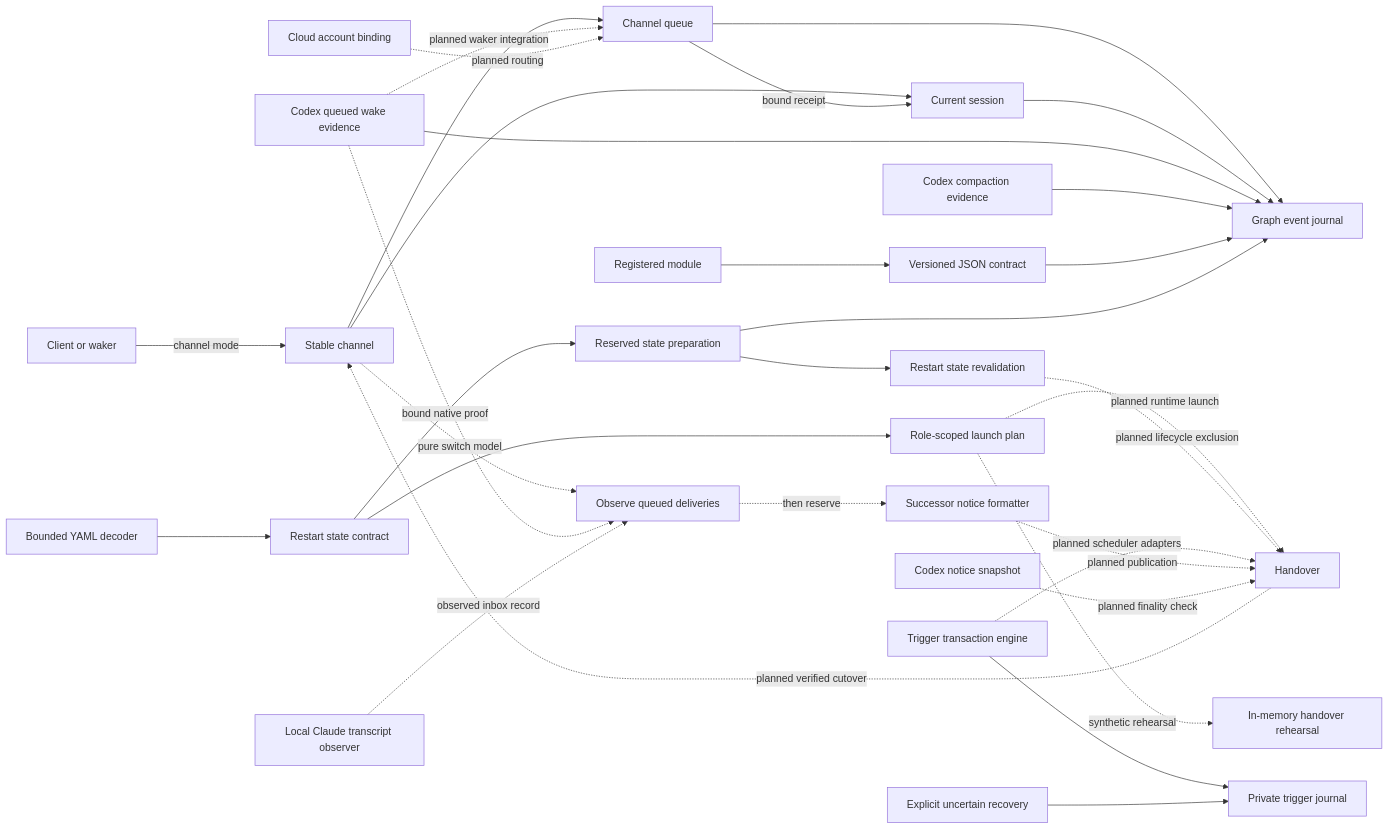
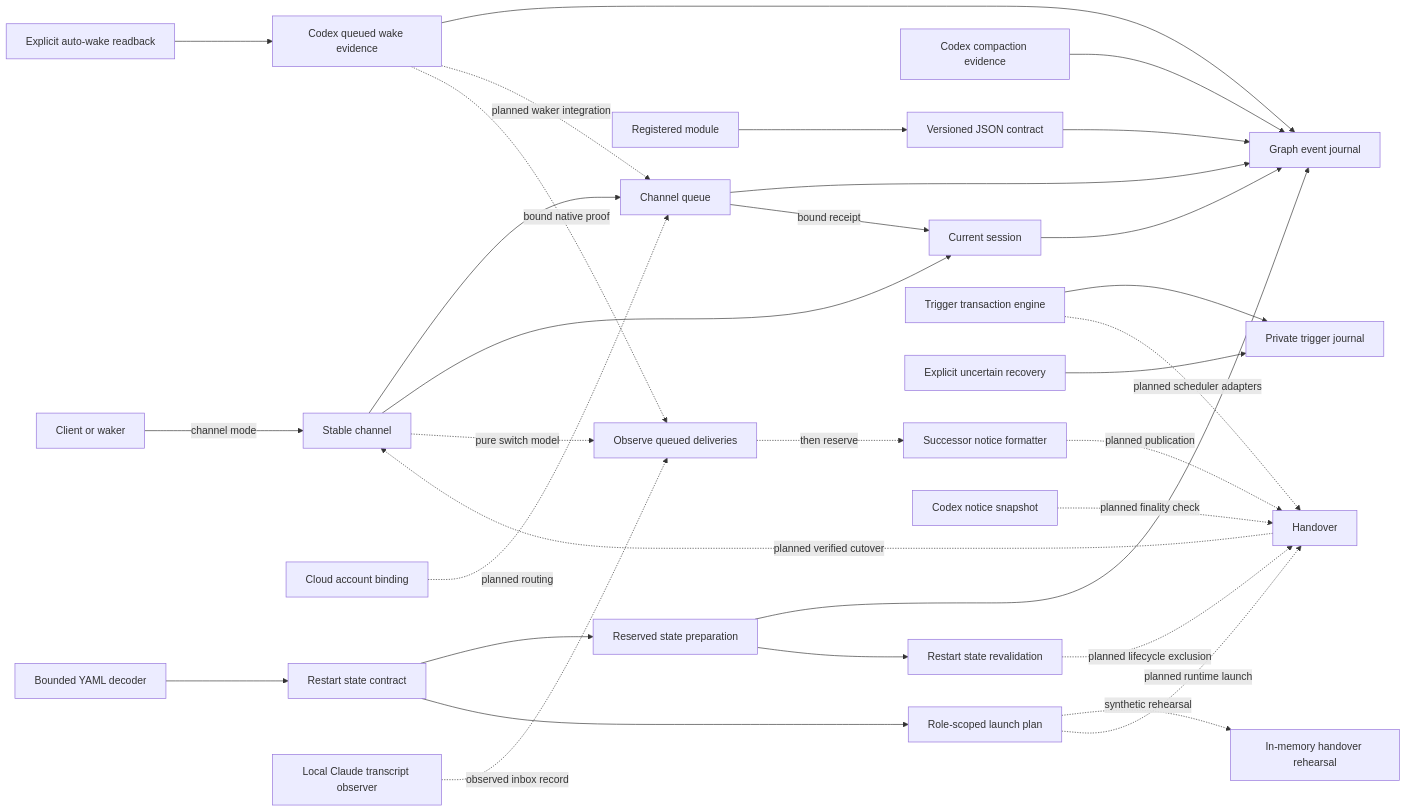
One commit to NestDevLab/agent-mesh changed the diagram in docs/design/plexus-architecture.mmd. Above: the diagram before and after it, drawn with Mermaid. The commit also changed 9 other files, not shown here.

Commit message:
Reconcile automatically started wake by readback

```diff
--- a/docs/design/plexus-architecture.mmd
+++ b/docs/design/plexus-architecture.mmd
@@ -1,31 +1,32 @@
 flowchart LR
   Client["Client or waker"] -- "channel mode" --> Channel["Stable channel"]
   Channel --> Queue["Channel queue"]
   Channel --> Session["Current session"]
   Queue --> Journal["Graph event journal"]
   Session --> Journal
   Wake["Codex queued wake evidence"] --> Journal
   Wake -. "planned waker integration" .-> Queue
   Compaction["Codex compaction evidence"] --> Journal
   Module["Registered module"] --> Contract["Versioned JSON contract"]
   Contract --> Journal
   Queue -- "bound receipt" --> Session
   CloudAccount["Cloud account binding"] -. "planned routing" .-> Queue
   Yaml["Bounded YAML decoder"] --> Restart
   Restart["Restart state contract"] --> StatePrep["Reserved state preparation"]
   Restart --> RoleProfile["Role-scoped launch plan"]
   RoleProfile -. "synthetic rehearsal" .-> Rehearsal["In-memory handover rehearsal"]
   RoleProfile -. "planned runtime launch" .-> Handover
   StatePrep --> Journal
   StatePrep --> Revalidate["Restart state revalidation"]
   Revalidate -. "planned lifecycle exclusion" .-> Handover
   TriggerTxn["Trigger transaction engine"] --> TriggerJournal["Private trigger journal"]
   TriggerRecovery["Explicit uncertain recovery"] --> TriggerJournal
   TriggerTxn -. "planned scheduler adapters" .-> Handover
   Notice["Successor notice formatter"] -. "planned publication" .-> Handover
   Observation["Codex notice snapshot"] -. "planned finality check" .-> Handover
   Handover["Handover"] -. "planned verified cutover" .-> Channel
   Channel -. "pure switch model" .-> Drain["Observe queued deliveries"]
   Drain -. "then reserve" .-> Notice
+  AutoWake["Explicit auto-wake readback"] --> Wake
   Wake -. "bound native proof" .-> Drain
   ClaudeReadback["Local Claude transcript observer"] -. "observed inbox record" .-> Drain
```
